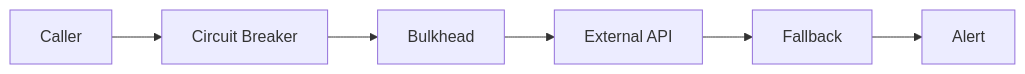
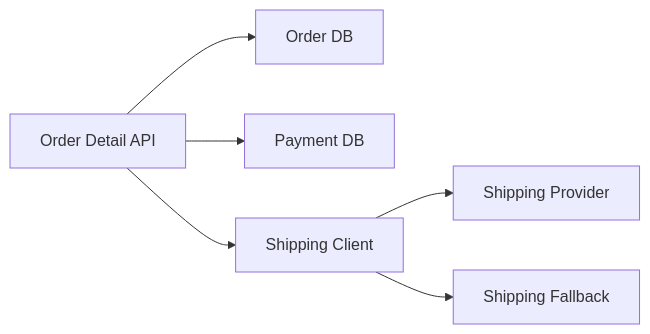
One commit to thisis-joe/thisis-joe.github.io changed the diagram in content/System Design/12. Circuit Breaker Bulkhead 장애 격리/01. 장애 전파와 Cascading Failure 상세.md. Above: the diagram before and after it, drawn with Mermaid. The commit also changed other lines of this file and 595 other files, not shown here.

````diff
--- a/content/System Design/12. Circuit Breaker Bulkhead 장애 격리/01. 장애 전파와 Cascading Failure 상세.md
+++ b/content/System Design/12. Circuit Breaker Bulkhead 장애 격리/01. 장애 전파와 Cascading Failure 상세.md
@@ -42,8 +63,8 @@
 ```mermaid
 flowchart LR
-    A["Caller"] --> B["Circuit Breaker"]
-    B["Circuit Breaker"] --> C["Bulkhead"]
-    C["Bulkhead"] --> D["External API"]
-    D["External API"] --> E["Fallback"]
-    E["Fallback"] --> F["Alert"]
+    A["Order Detail API"] --> B["Order DB"]
+    A --> C["Payment DB"]
+    A --> D["Shipping Client"]
+    D --> E["Shipping Provider"]
+    D --> F["Shipping Fallback"]
 ```
````
